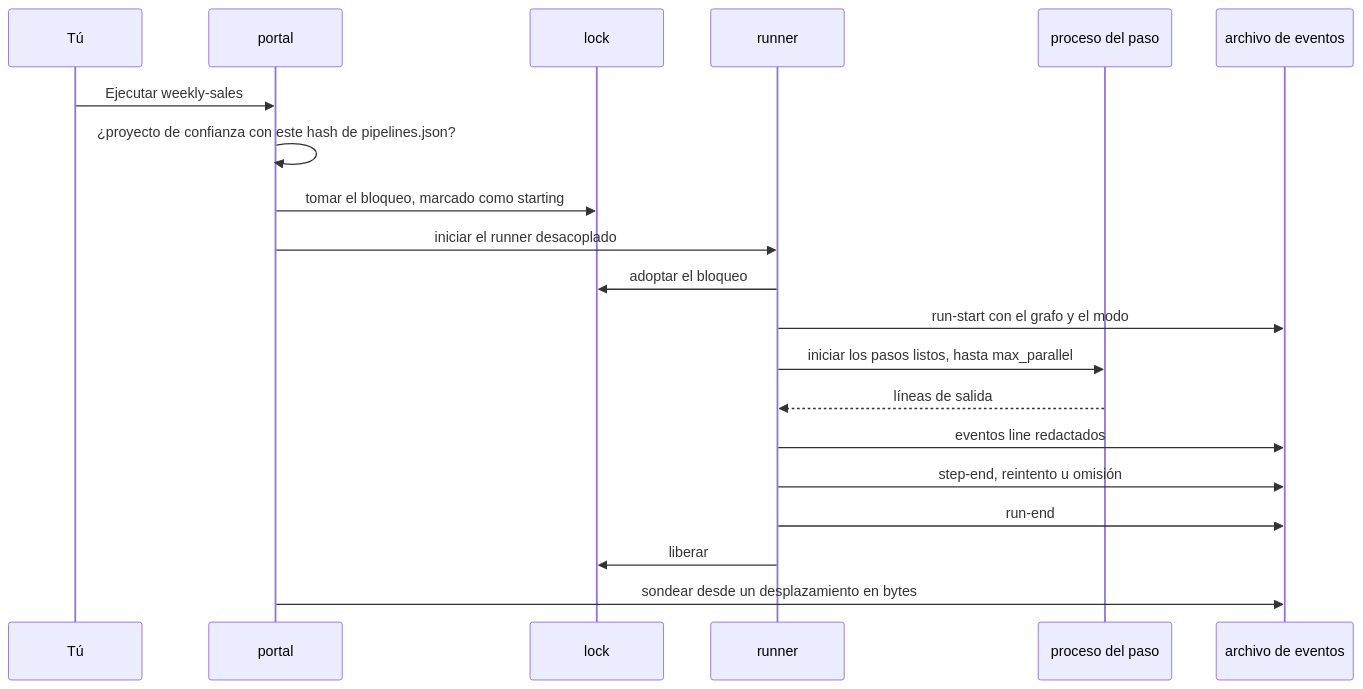
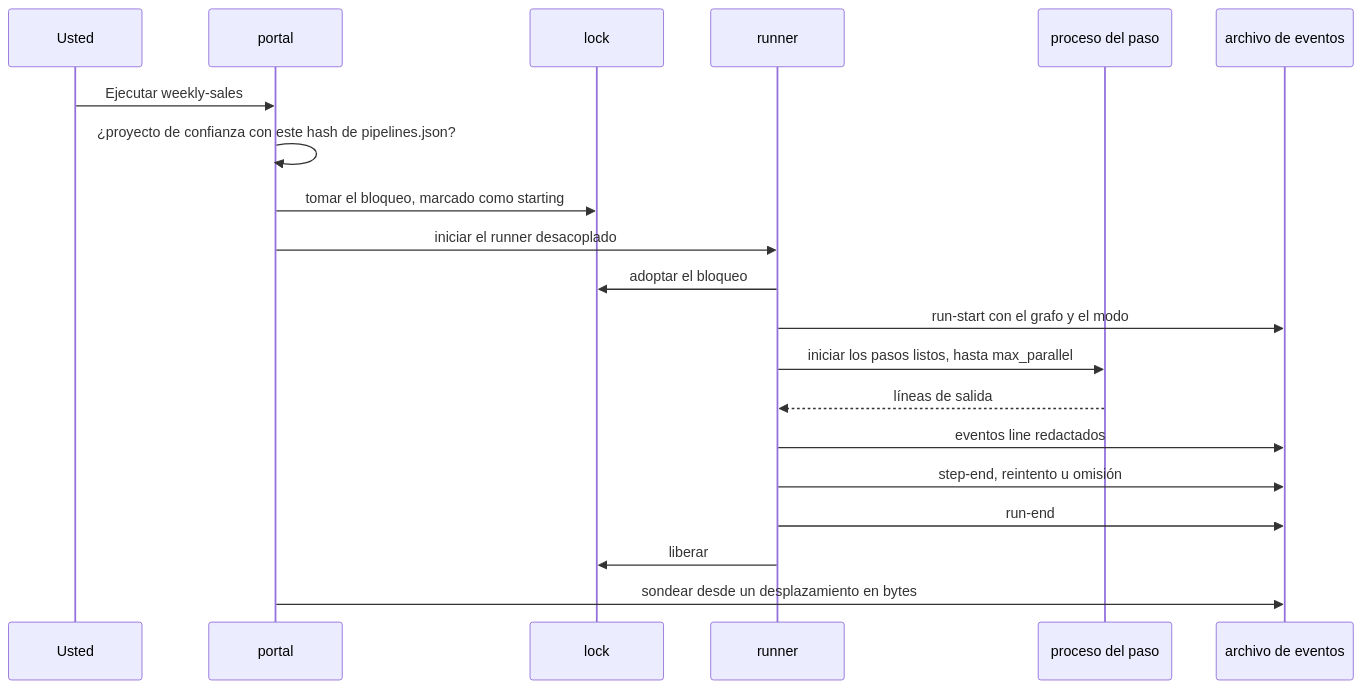
One commit to Negraldi/amauta changed the second of 2 diagrams in python/amauta/portal/guide/es/pipelines.md. Above: the diagram before and after it, drawn with Mermaid. The commit also changed other lines of this file and 45 other files, not shown here.

````diff
--- a/python/amauta/portal/guide/es/pipelines.md
+++ b/python/amauta/portal/guide/es/pipelines.md
@@ -94,22 +94,22 @@
 ```mermaid
 sequenceDiagram
-  participant U as Tú
+  participant U as Usted
   participant P as portal
   participant L as lock
   participant R as runner
   participant S as proceso del paso
   participant E as archivo de eventos
   U->>P: Ejecutar weekly-sales
   P->>P: ¿proyecto de confianza con este hash de pipelines.json?
   P->>L: tomar el bloqueo, marcado como starting
   P->>R: iniciar el runner desacoplado
   R->>L: adoptar el bloqueo
   R->>E: run-start con el grafo y el modo
   R->>S: iniciar los pasos listos, hasta max_parallel
   S-->>R: líneas de salida
   R->>E: eventos line redactados
   R->>E: step-end, reintento u omisión
   R->>E: run-end
   R->>L: liberar
   P->>E: sondear desde un desplazamiento en bytes
 ```
````
